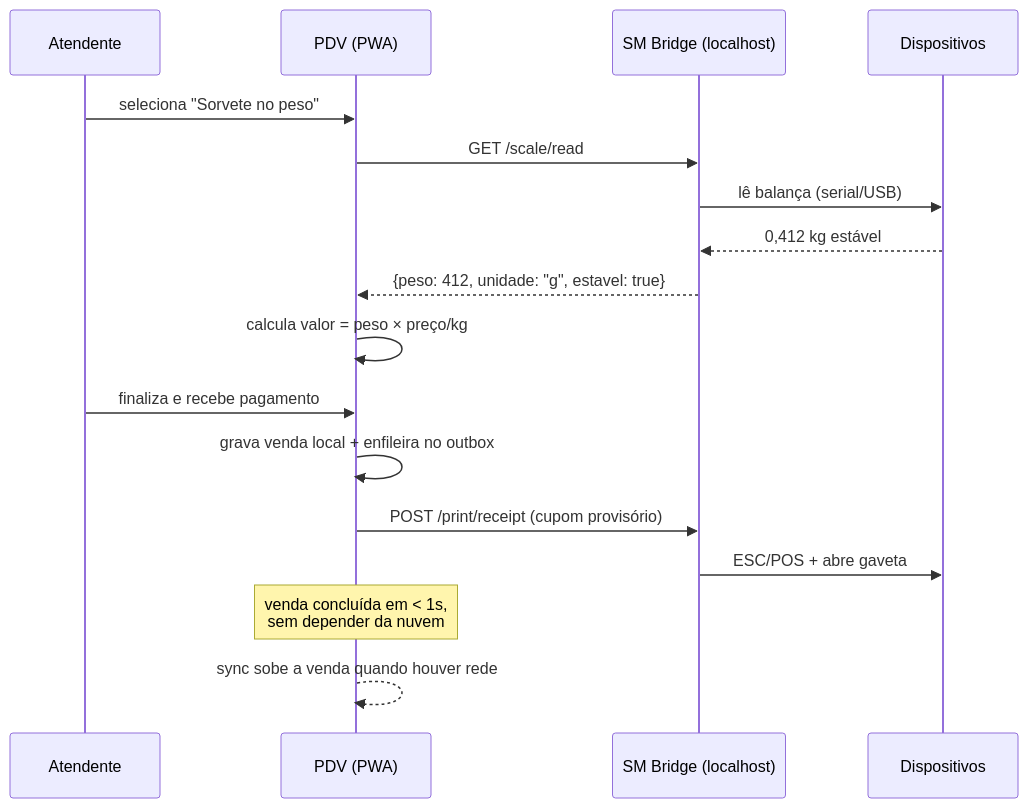
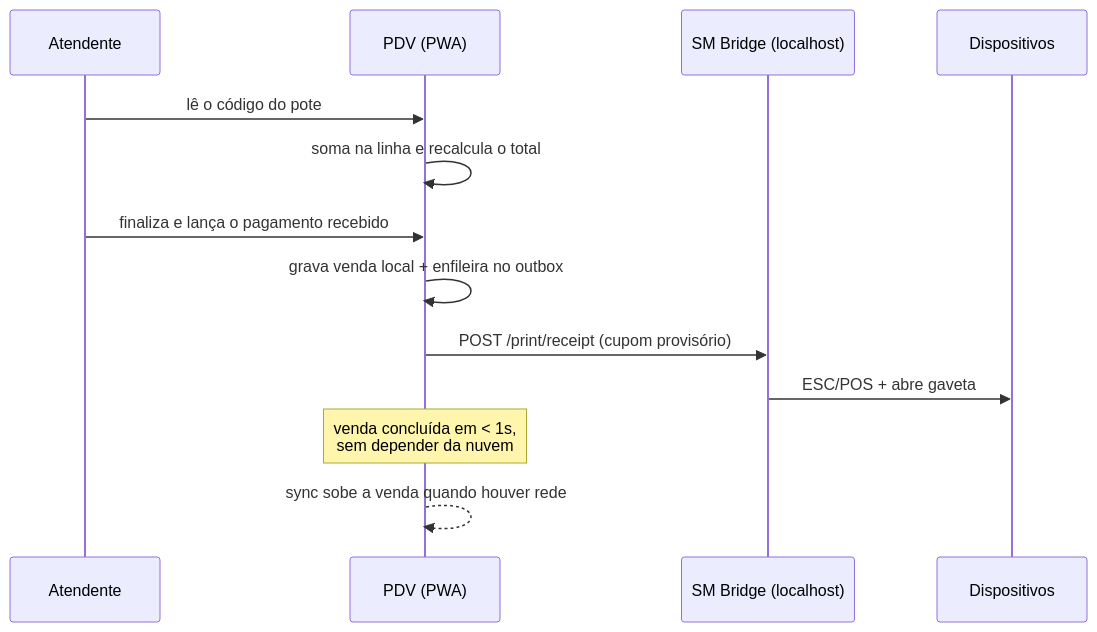
Before and after one commit to willopes2025/clever-qr-share: the third of 6 diagrams in docs/erp/02-ARQUITETURA.md, drawn with Mermaid. The commit also changed other lines of this file and 13 other files, not shown here.

First line of the commit message:
docs(erp): alinha arquitetura à venda por pote e ao pagamento lançado

````diff
--- a/docs/erp/02-ARQUITETURA.md
+++ b/docs/erp/02-ARQUITETURA.md
@@ -187,20 +187,16 @@
 ```mermaid
 sequenceDiagram
     participant C as Atendente
     participant P as PDV (PWA)
     participant B as SM Bridge (localhost)
     participant D as Dispositivos
 
-    C->>P: seleciona "Sorvete no peso"
-    P->>B: GET /scale/read
-    B->>D: lê balança (serial/USB)
-    D-->>B: 0,412 kg estável
-    B-->>P: {peso: 412, unidade: "g", estavel: true}
-    P->>P: calcula valor = peso × preço/kg
-    C->>P: finaliza e recebe pagamento
+    C->>P: lê o código do pote
+    P->>P: soma na linha e recalcula o total
+    C->>P: finaliza e lança o pagamento recebido
     P->>P: grava venda local + enfileira no outbox
     P->>B: POST /print/receipt (cupom provisório)
     B->>D: ESC/POS + abre gaveta
     Note over P: venda concluída em < 1s,<br/>sem depender da nuvem
     P-->>P: sync sobe a venda quando houver rede
 ```
````
